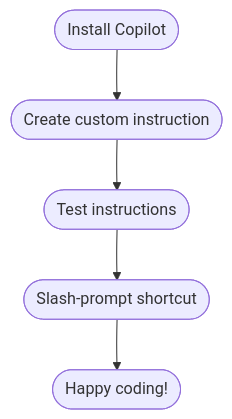
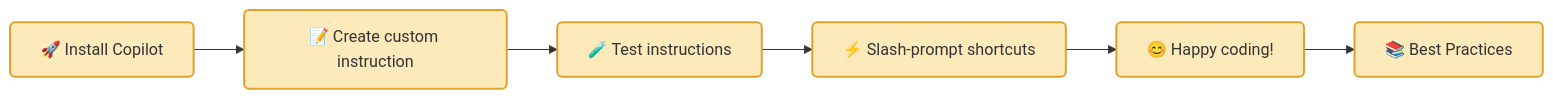
Before and after one commit to spazyCZ/gh-copilot-101-adoption-and-templates: the diagram in adoption-playbooks/readme-copilot-101-in-20mins.md, drawn with Mermaid. The commit also changed other lines of this file and 24 other files, not shown here.

````diff
--- a/adoption-playbooks/readme-copilot-101-in-20mins.md
+++ b/adoption-playbooks/readme-copilot-101-in-20mins.md
@@ -9,13 +9,14 @@
 ```mermaid
-flowchart TD
-  A([Install Copilot]) --> B([Create custom instruction]) --> C([Test instructions]) --> D([Slash‑prompt shortcut]) --> E([Happy coding!])
-  click A "#1-install-copilot"
-  click B "#2-create-a-custom-instruction"
-  click C "#3-test-the-instructions"
-  click D "#4-create-slash-prompt-shortcuts"
-  style A align:left
-  style B align:left
-  style C align:left
-  style D align:left
-  style E align:left
+flowchart LR
+    A[🚀 Install Copilot] --> B[📝 Create custom instruction]
+    B --> C[🧪 Test instructions]
+    C --> D[⚡ Slash‑prompt shortcuts]
+    D --> E[😊 Happy coding!]
+    E --> F[📚 Best Practices]
+    click A "#1-install-copilot"
+    click B "#2-create-a-custom-instruction"
+    click C "#3-test-the-instructions"
+    click D "#4-create-slash-prompt-shortcuts"
+    classDef stepStyle fill:#fceabb,stroke:#e1a12f,stroke-width:2px,rx:5,ry:5;
+    class A,B,C,D,E,F stepStyle;
 ```
````
